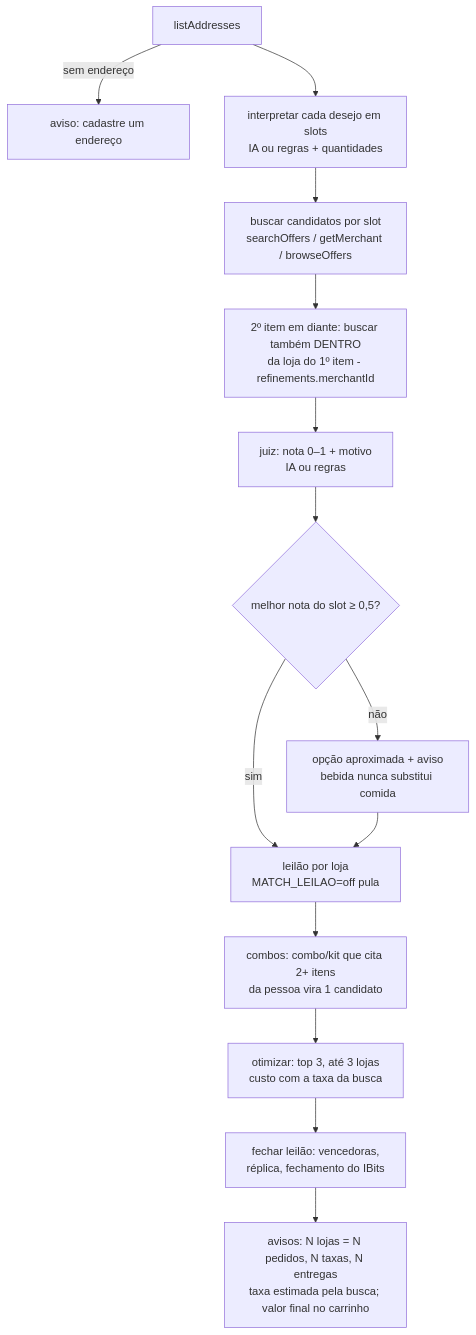
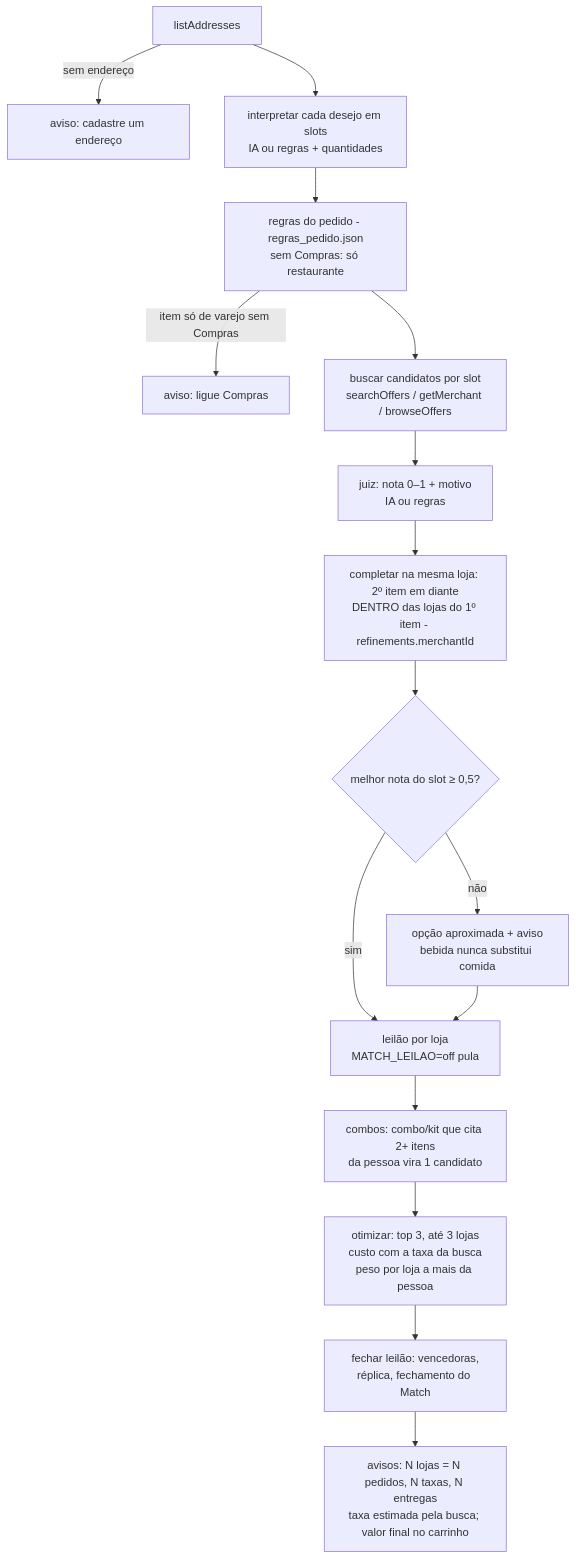
One commit to scorpion-bits/Hackaton-Ifood changed the third of 5 diagrams in docs/tecnico.md. Above: the diagram before and after it, drawn with Mermaid. The commit also changed other lines of this file and 5 other files, not shown here.

First line of the commit message:
docs(entregaveis): textos com "Match" e o estado atual (Compras, mesma loja, loja fechada, remédio, MCP real)

````diff
--- a/docs/tecnico.md
+++ b/docs/tecnico.md
@@ -150,17 +167,19 @@
 ```mermaid
 flowchart TD
   A[listAddresses] -->|sem endereço| X1[aviso: cadastre um endereço]
   A --> B[interpretar cada desejo em slots<br/>IA ou regras + quantidades]
-  B --> C[buscar candidatos por slot<br/>searchOffers / getMerchant / browseOffers]
-  C --> C2[2º item em diante: buscar também DENTRO<br/>da loja do 1º item - refinements.merchantId]
-  C2 --> D[juiz: nota 0–1 + motivo<br/>IA ou regras]
-  D --> E{melhor nota do slot ≥ 0,5?}
+  B --> R[regras do pedido - regras_pedido.json<br/>sem Compras: só restaurante]
+  R -->|item só de varejo sem Compras| X2[aviso: ligue Compras]
+  R --> C[buscar candidatos por slot<br/>searchOffers / getMerchant / browseOffers]
+  C --> D[juiz: nota 0–1 + motivo<br/>IA ou regras]
+  D --> C2[completar na mesma loja: 2º item em diante<br/>DENTRO das lojas do 1º item - refinements.merchantId]
+  C2 --> E{melhor nota do slot ≥ 0,5?}
   E -->|não| F[opção aproximada + aviso<br/>bebida nunca substitui comida]
   E -->|sim| G
   F --> G[leilão por loja<br/>MATCH_LEILAO=off pula]
   G --> G2[combos: combo/kit que cita 2+ itens<br/>da pessoa vira 1 candidato]
-  G2 --> H[otimizar: top 3, até 3 lojas<br/>custo com a taxa da busca]
-  H --> J[fechar leilão: vencedoras,<br/>réplica, fechamento do IBits]
+  G2 --> H[otimizar: top 3, até 3 lojas<br/>custo com a taxa da busca<br/>peso por loja a mais da pessoa]
+  H --> J[fechar leilão: vencedoras,<br/>réplica, fechamento do Match]
   J --> I
   I[avisos: N lojas = N pedidos, N taxas, N entregas<br/>taxa estimada pela busca; valor final no carrinho]
 ```
````
